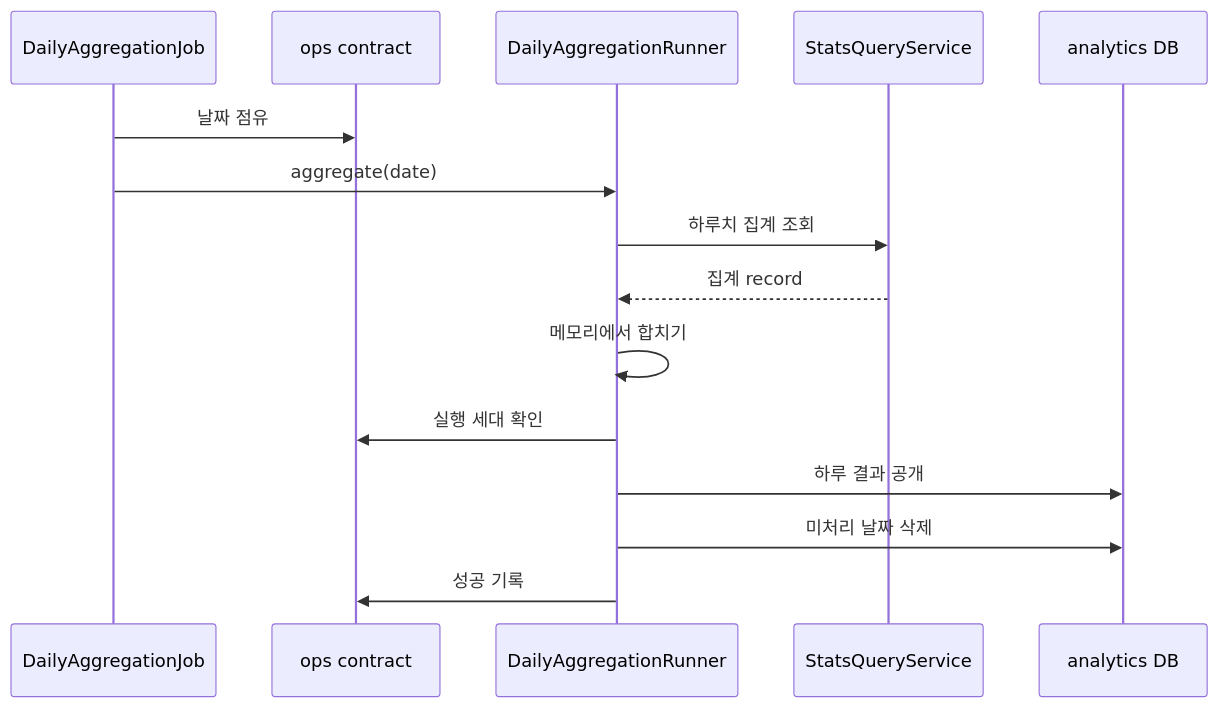
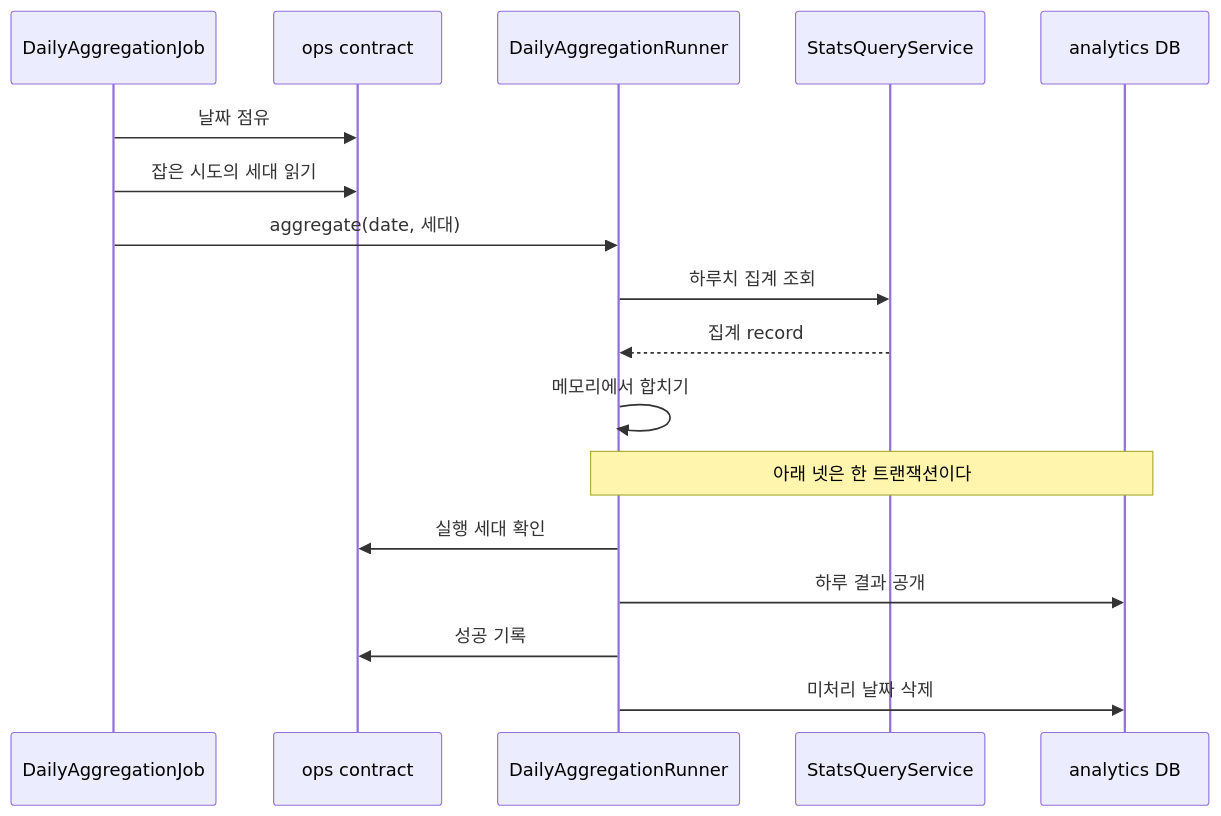
The third of 4 diagrams in docs/design/analytics/analytics_구조와_동작_설계.md (lunch-catch/lc-backend), drawn with Mermaid before and after one commit. The commit also changed other lines of this file and 11 other files, not shown here.

````diff
--- a/docs/design/analytics/analytics_구조와_동작_설계.md
+++ b/docs/design/analytics/analytics_구조와_동작_설계.md
@@ -150,18 +150,20 @@
 ```mermaid
 sequenceDiagram
     participant J as DailyAggregationJob
     participant O as ops contract
     participant R as DailyAggregationRunner
     participant S as StatsQueryService
     participant DB as analytics DB
 
     J->>O: 날짜 점유
-    J->>R: aggregate(date)
+    J->>O: 잡은 시도의 세대 읽기
+    J->>R: aggregate(date, 세대)
     R->>S: 하루치 집계 조회
     S-->>R: 집계 record
     R->>R: 메모리에서 합치기
+    Note over R,DB: 아래 넷은 한 트랜잭션이다
     R->>O: 실행 세대 확인
     R->>DB: 하루 결과 공개
+    R->>O: 성공 기록
     R->>DB: 미처리 날짜 삭제
-    R->>O: 성공 기록
 ```
````
